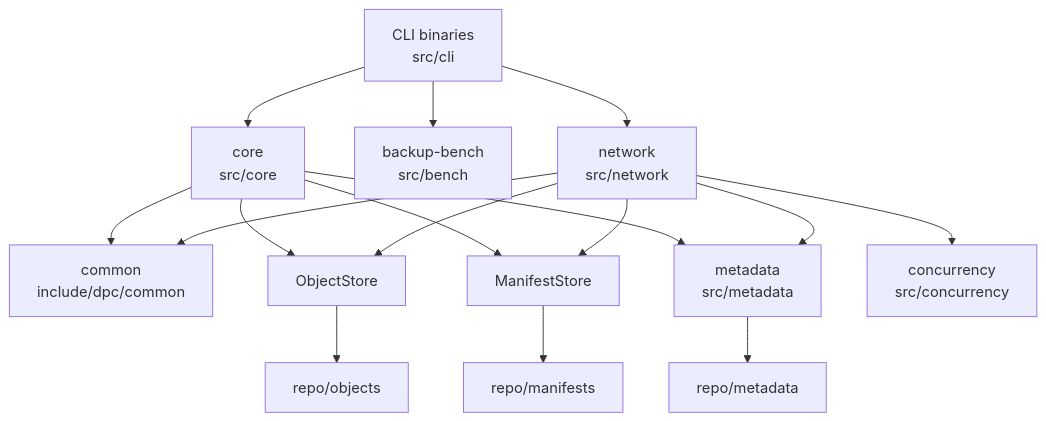
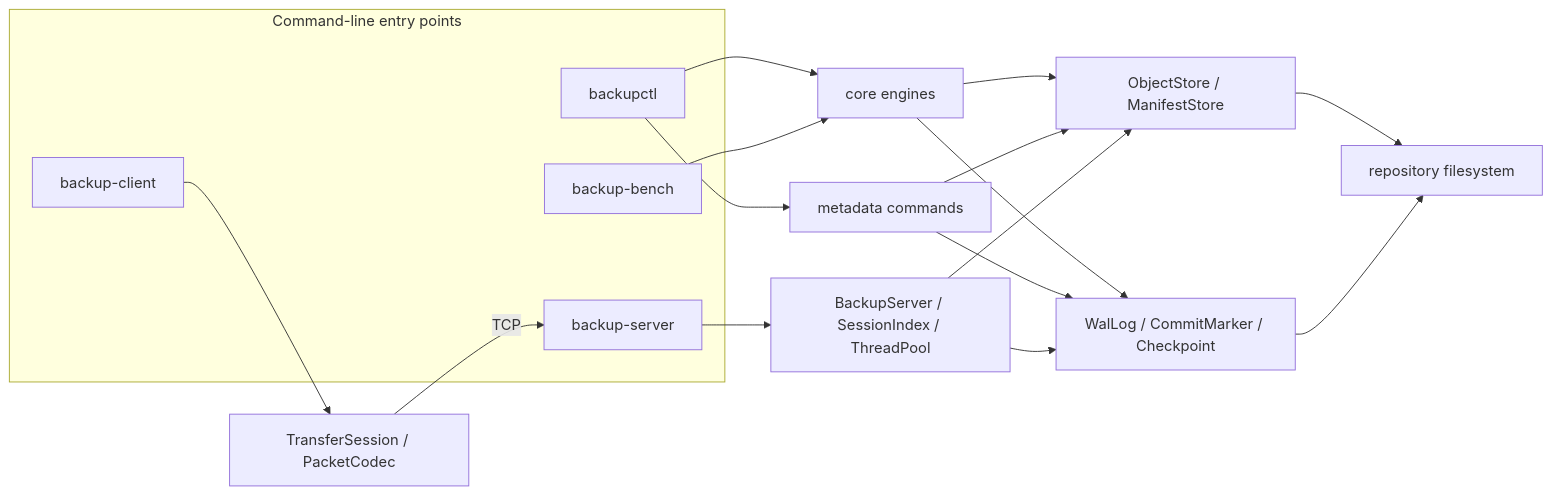
One commit to JiaChangGit/cpp-data-protection-core changed the first of 7 diagrams in docs/diagrams.md. Above: the diagram before and after it, drawn with Mermaid. The commit also changed other lines of this file and 23 other files, not shown here.

````diff
--- a/docs/diagrams.md
+++ b/docs/diagrams.md
@@ -7,18 +7,25 @@
 ```mermaid
-flowchart TD
-    CLI["CLI binaries<br/>src/cli"] --> Core["core<br/>src/core"]
-    CLI --> Bench["backup-bench<br/>src/bench"]
-    CLI --> Net["network<br/>src/network"]
-    Core --> Common["common<br/>include/dpc/common"]
-    Net --> Common
-    Core --> Obj["ObjectStore"]
-    Core --> Man["ManifestStore"]
-    Core --> Meta["metadata<br/>src/metadata"]
-    Net --> Obj
-    Net --> Man
-    Net --> Meta
-    Net --> Conc["concurrency<br/>src/concurrency"]
-    Obj --> Repo["repo/objects"]
-    Man --> RepoM["repo/manifests"]
-    Meta --> RepoMeta["repo/metadata"]
+flowchart LR
+    subgraph Entry["Command-line entry points"]
+        CTL["backupctl"]
+        Client["backup-client"]
+        Server["backup-server"]
+        Bench["backup-bench"]
+    end
+
+    CTL --> Core["core engines"]
+    CTL --> MetaCmd["metadata commands"]
+    Bench --> Core
+    Client --> NetClient["TransferSession / PacketCodec"]
+    NetClient -->|"TCP"| Server
+    Server --> NetServer["BackupServer / SessionIndex / ThreadPool"]
+
+    Core --> Store["ObjectStore / ManifestStore"]
+    Core --> Metadata["WalLog / CommitMarker / Checkpoint"]
+    MetaCmd --> Metadata
+    MetaCmd --> Store
+    NetServer --> Store
+    NetServer --> Metadata
+    Store --> Repo["repository filesystem"]
+    Metadata --> Repo
 ```
````
